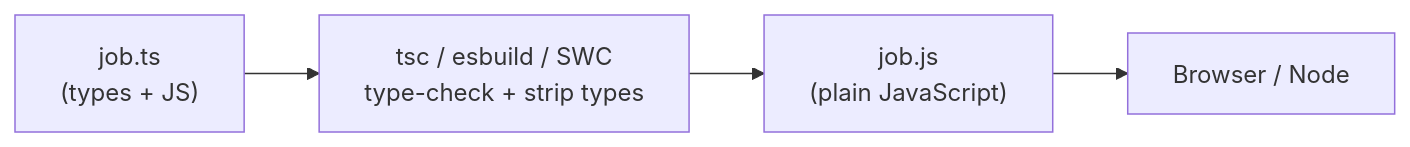
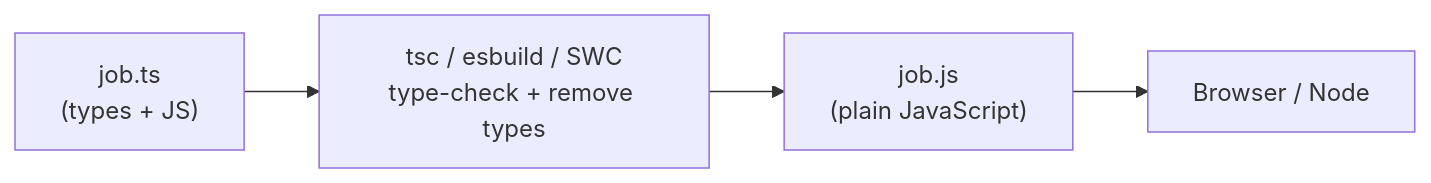
Before and after one commit to MuhammadIsmailHasan/fsse-ai-handbook: the diagram in content/modules/m4/w2/01-typescript-setup-and-basics.md, drawn with Mermaid. The commit also changed other lines of this file and 3 other files, not shown here.

Commit message:
Rewrite M4 W2 placement check and lesson 01 in plain language (EN + ID)

````diff
--- a/content/modules/m4/w2/01-typescript-setup-and-basics.md
+++ b/content/modules/m4/w2/01-typescript-setup-and-basics.md
@@ -50,4 +62,4 @@
 ```mermaid
 flowchart LR
-    TS["job.ts<br/>(types + JS)"] --> TSC["tsc / esbuild / SWC<br/>type-check + strip types"] --> JS["job.js<br/>(plain JavaScript)"] --> B[Browser / Node]
+    TS["job.ts<br/>(types + JS)"] --> TSC["tsc / esbuild / SWC<br/>type-check + remove types"] --> JS["job.js<br/>(plain JavaScript)"] --> B[Browser / Node]
 ```
````
